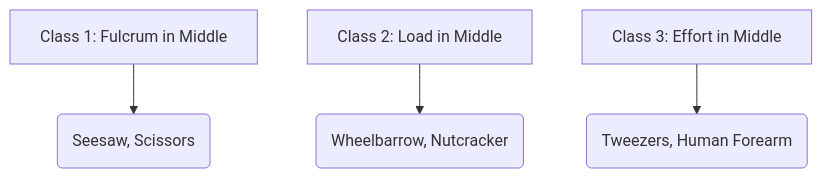
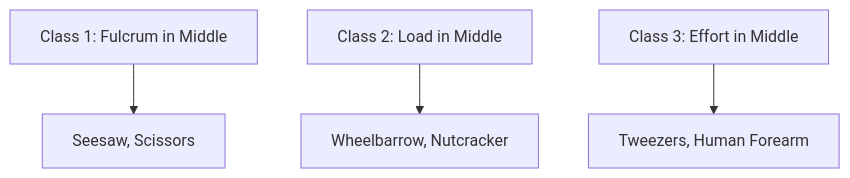
One commit to Trayodh/tac-revise-app changed the second of 3 diagrams in Pathfinder_Elite/modules/Physics/Measurement_Motion_Work_Energy_and_Power.md. Above: the diagram before and after it, drawn with Mermaid. The commit also changed other lines of this file and 22 other files, not shown here.

````diff
--- a/Pathfinder_Elite/modules/Physics/Measurement_Motion_Work_Energy_and_Power.md
+++ b/Pathfinder_Elite/modules/Physics/Measurement_Motion_Work_Energy_and_Power.md
@@ -345,6 +109,6 @@
 ```mermaid
 flowchart TD
-    Class1[Class 1: Fulcrum in Middle] --> Ex1(Seesaw, Scissors)
-    Class2[Class 2: Load in Middle] --> Ex2(Wheelbarrow, Nutcracker)
-    Class3[Class 3: Effort in Middle] --> Ex3(Tweezers, Human Forearm)
+    Class1[Class 1: Fulcrum in Middle] --> Ex1["Seesaw, Scissors"]
+    Class2[Class 2: Load in Middle] --> Ex2["Wheelbarrow, Nutcracker"]
+    Class3[Class 3: Effort in Middle] --> Ex3["Tweezers, Human Forearm"]
 ```
````
